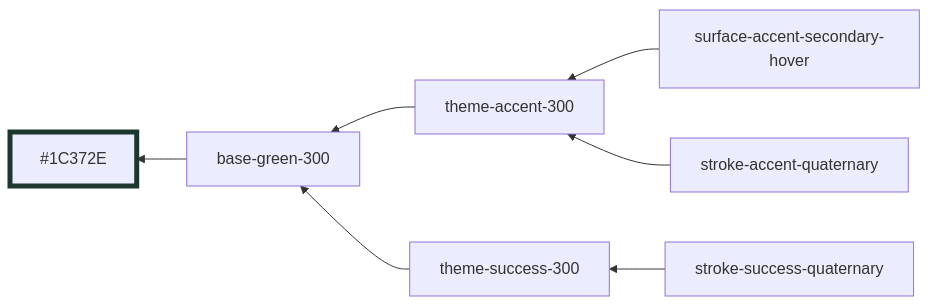
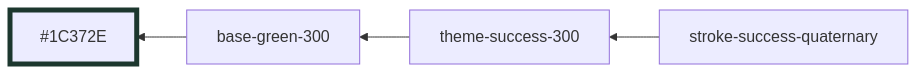
The third of 51 diagrams in styles/dist/red.md (oxidecomputer/design-system), drawn with Mermaid before and after one commit. The commit also changed other lines of this file and 2 other files, not shown here.

Commit message:
Fix red theme

````diff
--- a/styles/dist/red.md
+++ b/styles/dist/red.md
@@ -31,11 +28,8 @@
 ```mermaid
 graph RL
   base-green-300 --> #1C372E:::base-green-300
-  surface-accent-secondary-hover --> theme-accent-300
-  stroke-accent-quaternary --> theme-accent-300
   stroke-success-quaternary --> theme-success-300
-  theme-accent-300 --> base-green-300
   theme-success-300 --> base-green-300
 
 	classDef base-green-300 stroke-width:5,stroke:#1C372E
 ```
````
